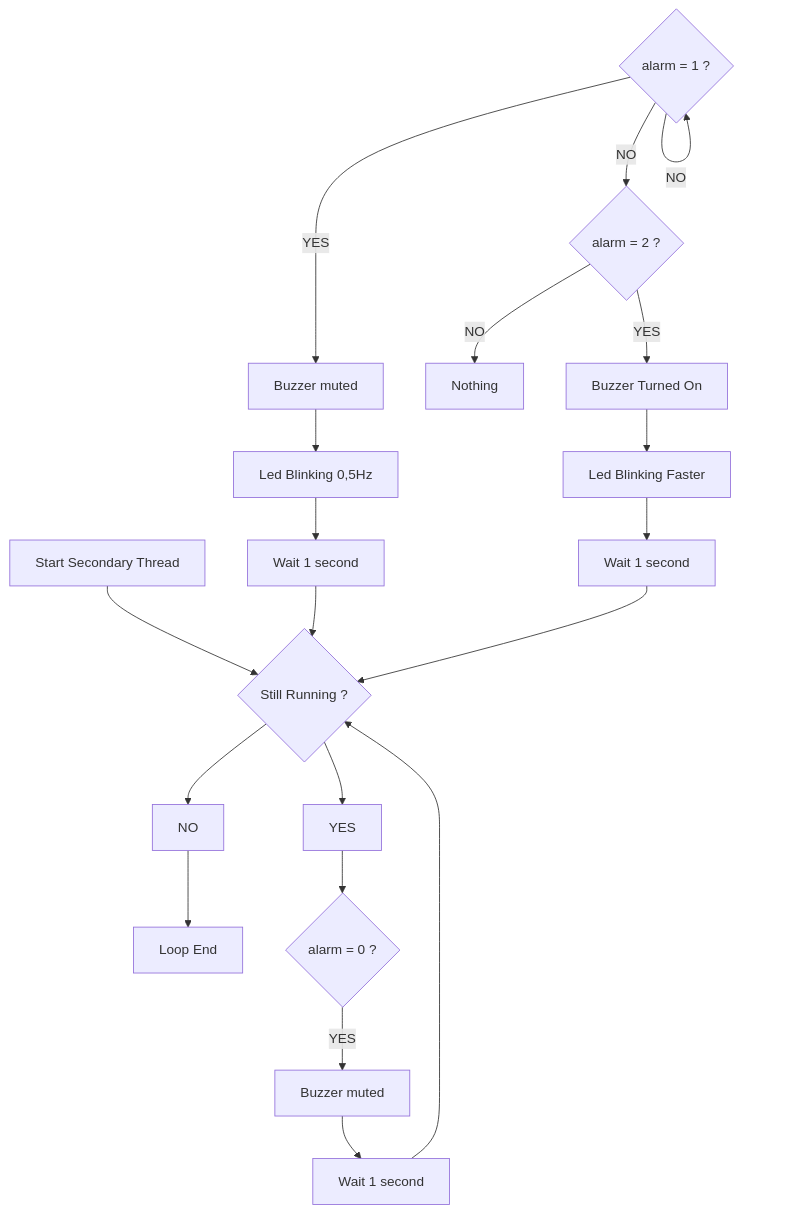
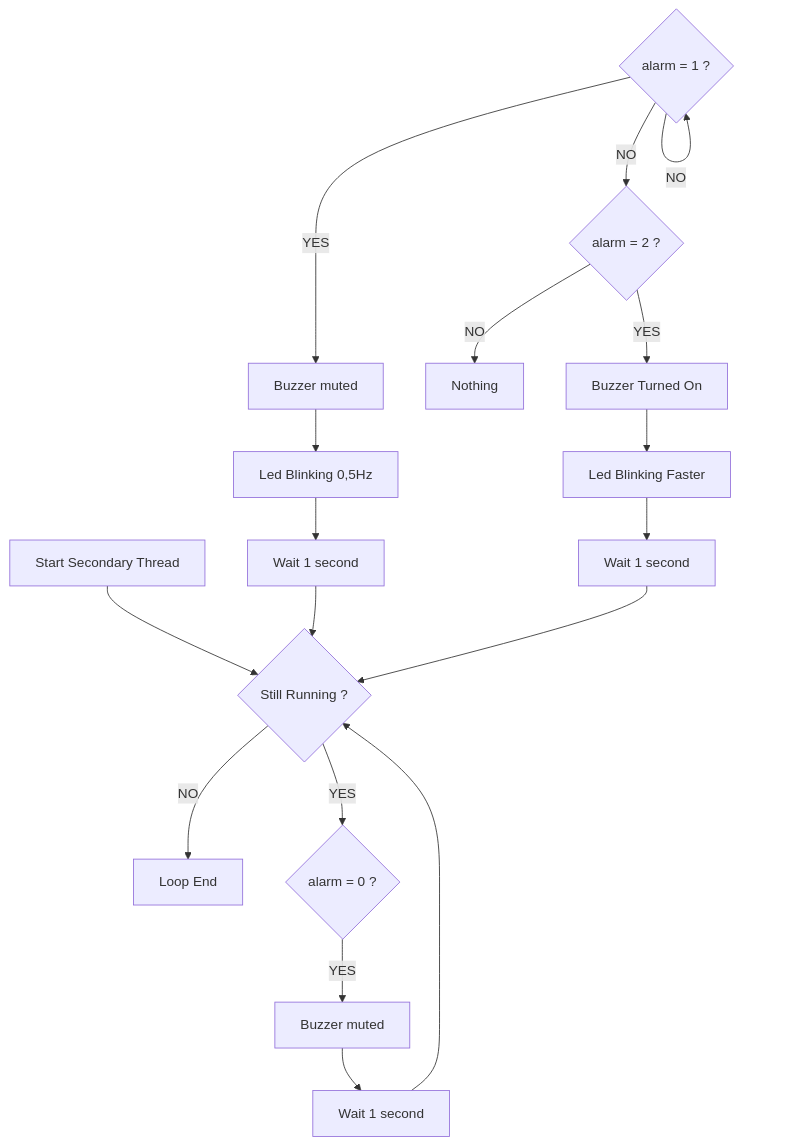
The second of 2 diagrams in LCD/readme.md (Valentin-Petitniot/smartcities), drawn with Mermaid before and after one commit.

Commit message:
:construction: LCD readme flowchart

````diff
--- a/LCD/readme.md
+++ b/LCD/readme.md
@@ -63,20 +63,20 @@
 ```mermaid
 flowchart TD
     Tp[Start Secondary Thread] --> Lp{Still Running ?}
-        Lp --> NO --> EndLoop[Loop End]
-        Lp --> YES --> if0{alarm = 0 ?}
+        Lp -- NO --> EndLoop[Loop End]
+        Lp -- YES --> if0{alarm = 0 ?}
             if0 -- YES --> buzM0[Buzzer muted]
                 buzM0 --> wait0[Wait 1 second]
                 wait0 --> Lp
             if1 -- NO --> if1{alarm = 1 ?}
                 if1 -- YES --> buzM1[Buzzer muted]
                     buzM1 --> actLed[Led Blinking 0,5Hz]
                     actLed --> wait1[Wait 1 second]
                     wait1 --> Lp
                 if1 -- NO --> if2{alarm = 2 ?}
                     if2 -- NO --> Imp[Nothing]
                     if2 -- YES --> EnBuz[Buzzer Turned On]
                         EnBuz --> EnLed[Led Blinking Faster]
                         EnLed --> wait2[Wait 1 second]
                         wait2 --> Lp
 ```
````
